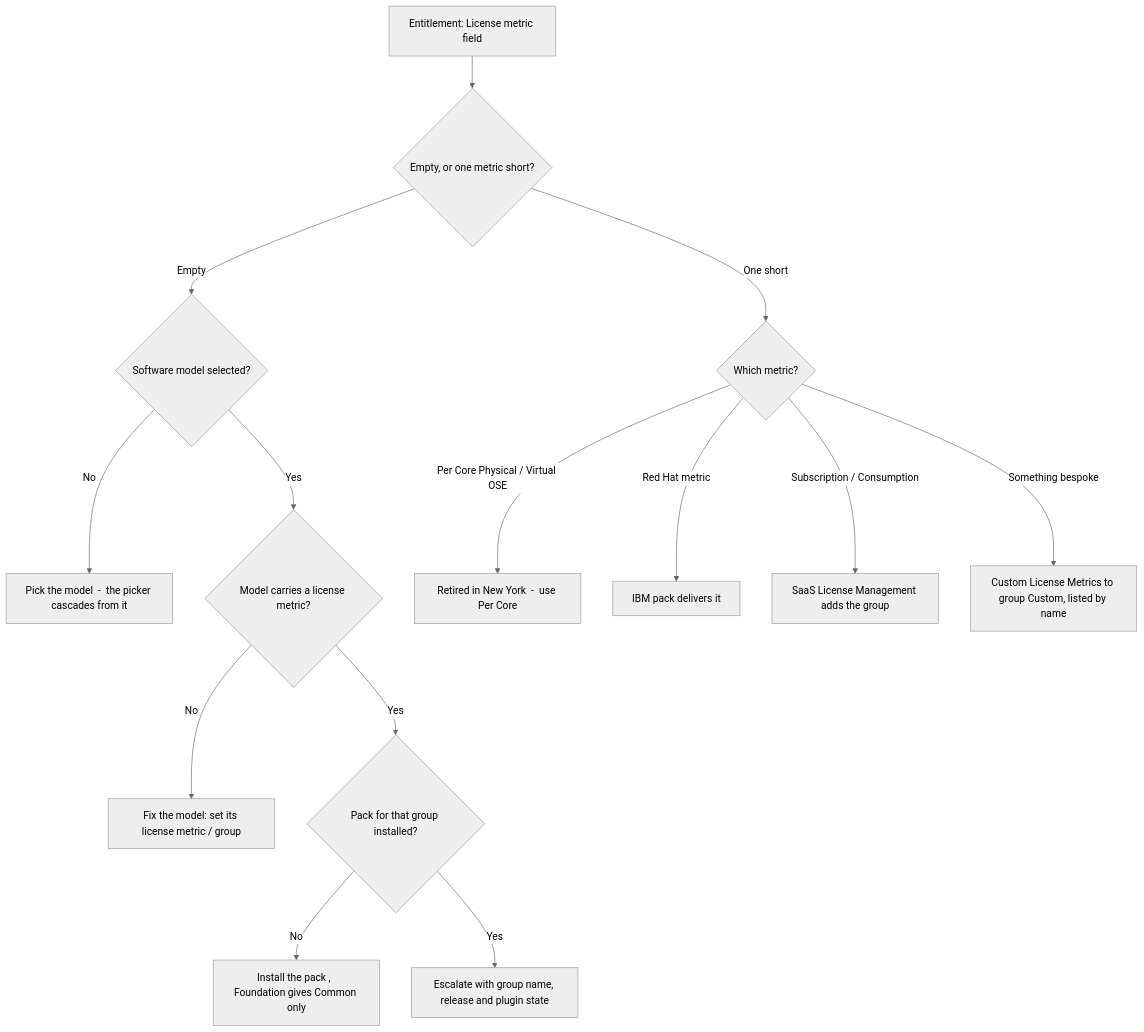
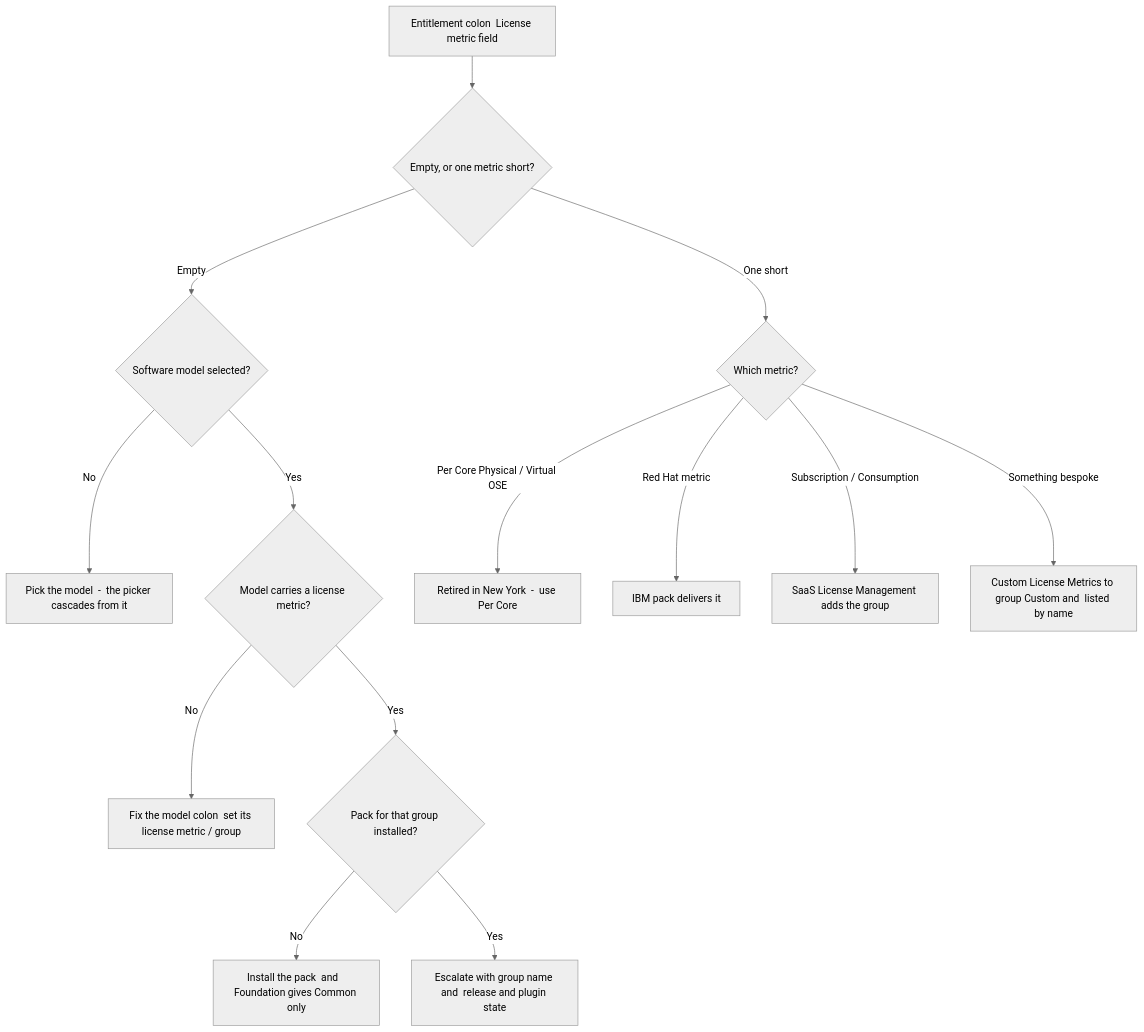
The fourth of 8 diagrams in docs/modules/sam/sam-guide.md (eltonaguiar/ServiceNow_Learning_TSOM-_CSM_FSM_SalesCRM_HAM_ITSM), drawn with Mermaid (neutral theme) before and after one commit. The commit also changed other lines of this file and 19 other files, not shown here.

Commit message:
Fix all Mermaid diagram special characters - replace dollar, parens, slashes, quotes, pipes, nested brackets and other unsafe chars inside brackets with safe alternatives across 19 files

````diff
--- a/docs/modules/sam/sam-guide.md
+++ b/docs/modules/sam/sam-guide.md
@@ -550,16 +550,16 @@
 ```mermaid
 flowchart TD
-    A[Entitlement: License metric field] --> B{Empty, or one metric short?}
+    A[Entitlement colon  License metric field] --> B{Empty, or one metric short?}
     B -->|Empty| C{Software model selected?}
     C -->|No| C1[Pick the model  -  the picker cascades from it]
     C -->|Yes| D{Model carries a license metric?}
-    D -->|No| D1[Fix the model: set its license metric / group]
+    D -->|No| D1[Fix the model colon  set its license metric / group]
     D -->|Yes| E{Pack for that group installed?}
-    E -->|No| E1[Install the pack ,  Foundation gives Common only]
-    E -->|Yes| E2[Escalate with group name, release and plugin state]
+    E -->|No| E1[Install the pack  and   Foundation gives Common only]
+    E -->|Yes| E2[Escalate with group name and  release and plugin state]
     B -->|One short| F{Which metric?}
     F -->|Per Core Physical / Virtual OSE| F1[Retired in New York  -  use Per Core]
     F -->|Red Hat metric| F2[IBM pack delivers it]
     F -->|Subscription / Consumption| F3[SaaS License Management adds the group]
-    F -->|Something bespoke| G[Custom License Metrics to group Custom, listed by name]
+    F -->|Something bespoke| G[Custom License Metrics to group Custom and  listed by name]
 ```
````
